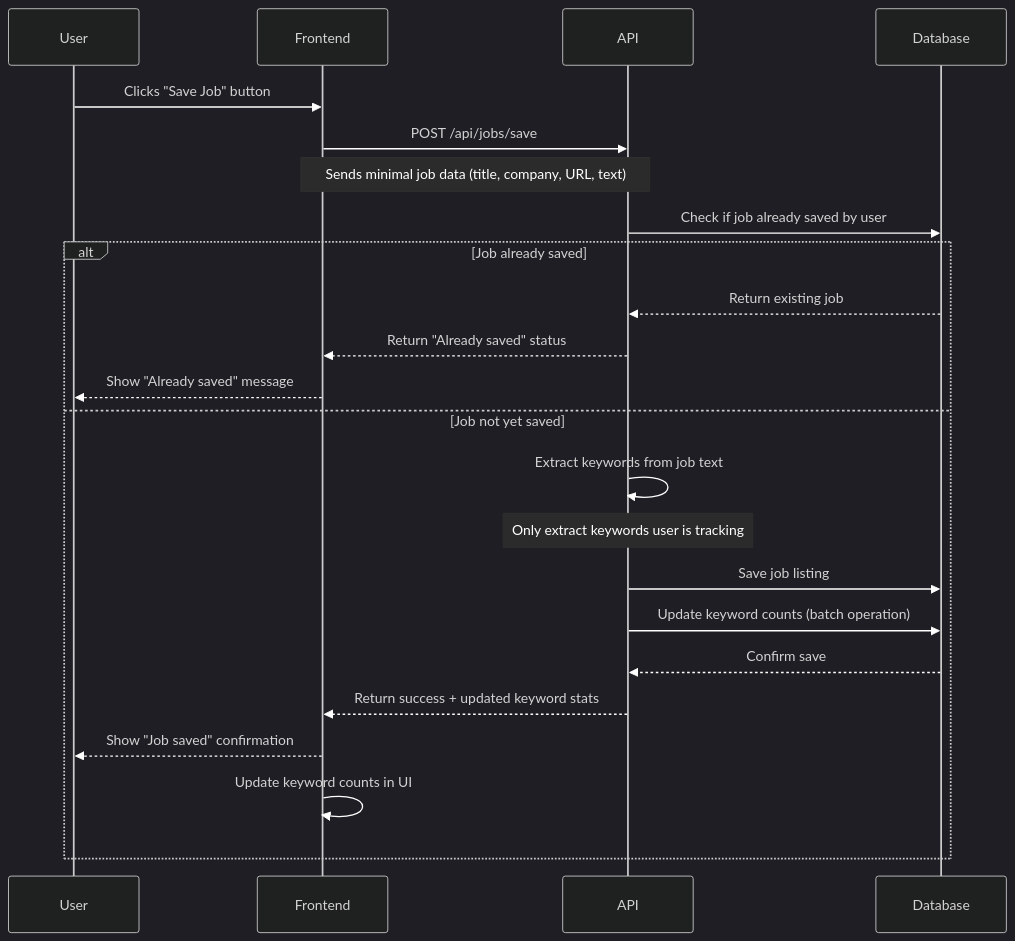
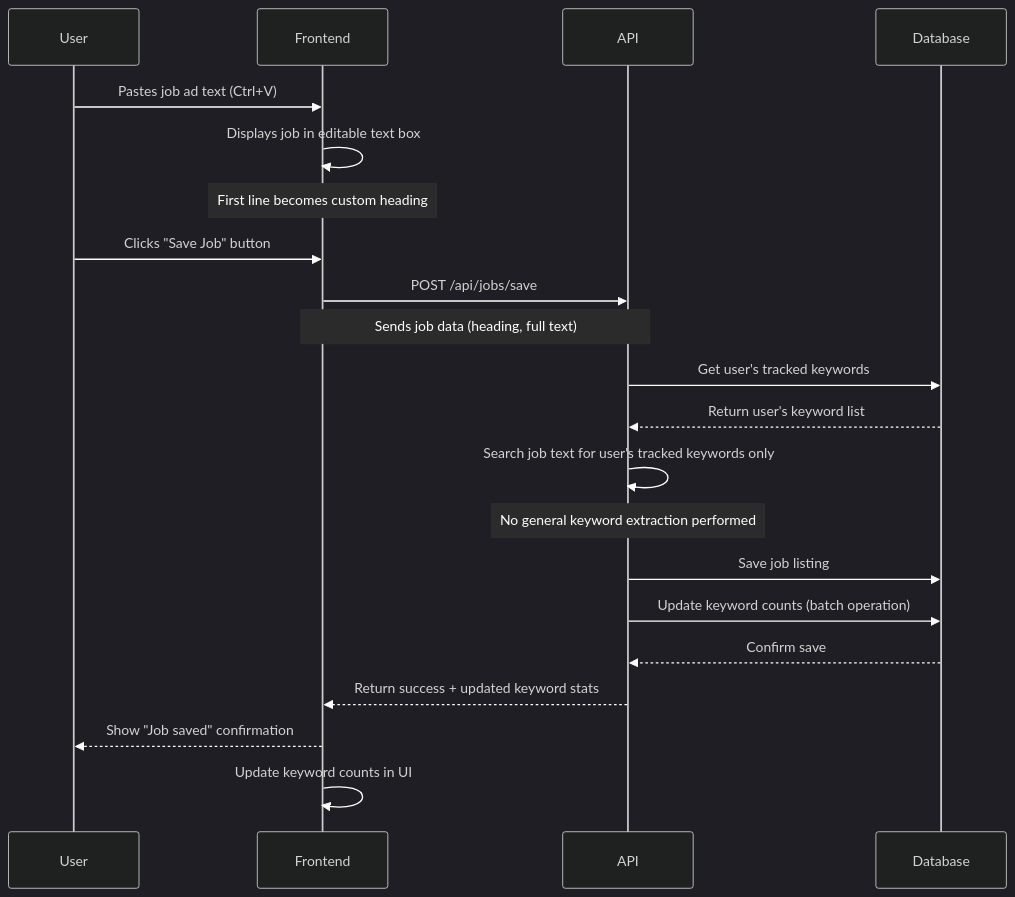
The diagram in docs/docs/diagrams/NetworkCalls.md (lmcrean/tributary), drawn with Mermaid before and after one commit. The commit also changed other lines of this file, not shown here.

Commit message:
Update Network Calls diagram: Refine job saving workflow and data payload

````diff
--- a/docs/docs/diagrams/NetworkCalls.md
+++ b/docs/docs/diagrams/NetworkCalls.md
@@ -7,27 +7,25 @@
 ```mermaid
 %%{init: {'theme': 'dark', 'themeVariables': { 'primaryTextColor': '#ffffff', 'primaryColor': '#ffffff', 'noteBkgColor': '#2b2b2b', 'noteTextColor': '#ffffff', 'activationBorderColor': '#ffffff', 'signalColor': '#ffffff' }}}%%
 sequenceDiagram
     participant User
     participant Frontend
     participant API
     participant Database
 
+    User->>Frontend: Pastes job ad text (Ctrl+V)
+    Frontend->>Frontend: Displays job in editable text box
+    Note over Frontend: First line becomes custom heading
     User->>Frontend: Clicks "Save Job" button
     Frontend->>API: POST /api/jobs/save
-    Note over Frontend,API: Sends minimal job data (title, company, URL, text)
-    API->>Database: Check if job already saved by user
-    alt Job already saved
-        Database-->>API: Return existing job
-        API-->>Frontend: Return "Already saved" status
-        Frontend-->>User: Show "Already saved" message
-    else Job not yet saved
-        API->>API: Extract keywords from job text
-        Note over API: Only extract keywords user is tracking
-        API->>Database: Save job listing
-        API->>Database: Update keyword counts (batch operation)
-        Database-->>API: Confirm save
-        API-->>Frontend: Return success + updated keyword stats
-        Frontend-->>User: Show "Job saved" confirmation
-        Frontend->>Frontend: Update keyword counts in UI
-    end
+    Note over Frontend,API: Sends job data (heading, full text)
+    API->>Database: Get user's tracked keywords
+    Database-->>API: Return user's keyword list
+    API->>API: Search job text for user's tracked keywords only
+    Note over API: No general keyword extraction performed
+    API->>Database: Save job listing
+    API->>Database: Update keyword counts (batch operation)
+    Database-->>API: Confirm save
+    API-->>Frontend: Return success + updated keyword stats
+    Frontend-->>User: Show "Job saved" confirmation
+    Frontend->>Frontend: Update keyword counts in UI
 ```
````
